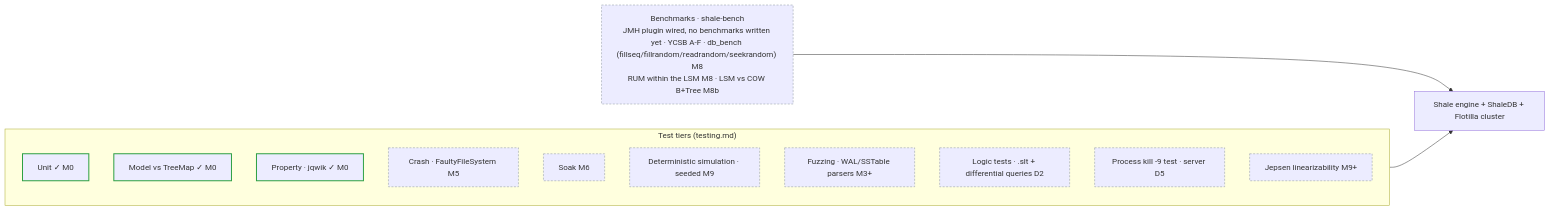
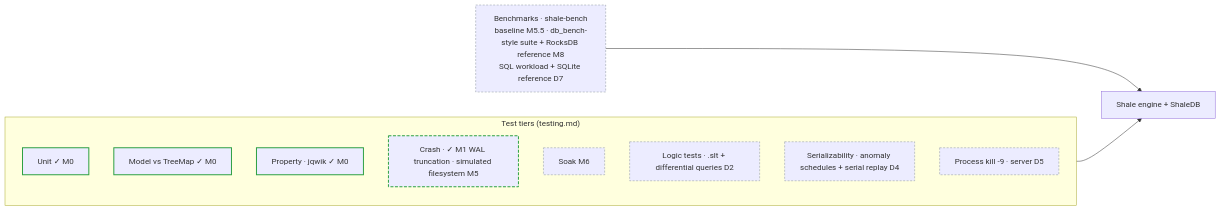
One commit to rahul-j0shi/shale changed the fourth of 4 diagrams in documentation/architecture/project-scope.md. Above: the diagram before and after it, drawn with Mermaid. The commit also changed other lines of this file and 12 other files, not shown here.

First line of the commit message:
docs(docs): update as-built pages, Javadoc and scope diagrams

````diff
--- a/documentation/architecture/project-scope.md
+++ b/documentation/architecture/project-scope.md
@@ -221,22 +172,21 @@
 ```mermaid
 flowchart LR
   subgraph tiers["Test tiers (testing.md)"]
     unit["Unit ✓ M0"]:::done
     modelt["Model vs TreeMap ✓ M0"]:::done
     prop["Property · jqwik ✓ M0"]:::done
-    crash["Crash · FaultyFileSystem M5"]:::plan
+    crash["Crash · ✓ M1 WAL truncation · simulated filesystem M5"]:::part
     soak["Soak M6"]:::plan
-    dst["Deterministic simulation · seeded M9"]:::plan
-    fuzz["Fuzzing · WAL/SSTable parsers M3+"]:::plan
     logic["Logic tests · .slt + differential queries D2"]:::plan
-    kill["Process kill -9 test · server D5"]:::plan
-    jep["Jepsen linearizability M9+"]:::plan
+    serial["Serializability · anomaly schedules + serial replay D4"]:::plan
+    kill["Process kill -9 · server D5"]:::plan
   end
-  bench["Benchmarks · shale-bench<br/>JMH plugin wired, no benchmarks written yet · YCSB A-F · db_bench (fillseq/fillrandom/readrandom/seekrandom) M8<br/>RUM within the LSM M8 · LSM vs COW B+Tree M8b"]:::plan
-  target["Shale engine + ShaleDB + Flotilla cluster"]
+  bench["Benchmarks · shale-bench<br/>baseline M5.5 · db_bench-style suite + RocksDB reference M8<br/>SQL workload + SQLite reference D7"]:::plan
+  target["Shale engine + ShaleDB"]
   tiers --> target
   bench --> target
 
   classDef done stroke:#2ea043,stroke-width:2px;
+  classDef part stroke:#2ea043,stroke-width:2px,stroke-dasharray:6 3;
   classDef plan stroke:#8b949e,stroke-width:1px,stroke-dasharray:4 3;
 ```
````
